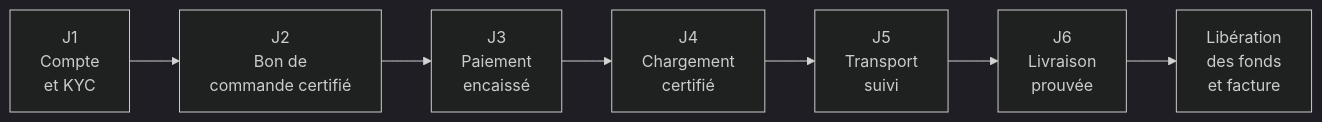
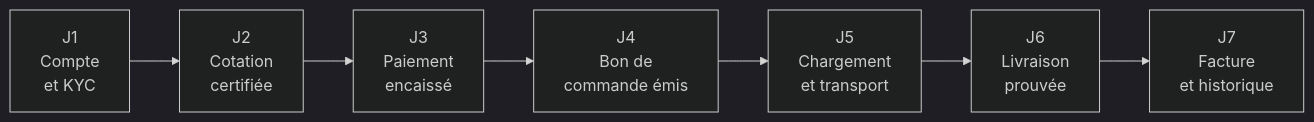
One commit to dilevembamu12/fbb-ppc-apix changed the first of 2 diagrams in docs/01-note-de-cadrage.md. Above: the diagram before and after it, drawn with Mermaid (dark theme). The commit also changed other lines of this file and 24 other files, not shown here.

Commit message:
Chiffres PPC integres : 15-20 % de flux digitaux, couverture bancaire, ordre cotation-paiement-bon

````diff
--- a/docs/01-note-de-cadrage.md
+++ b/docs/01-note-de-cadrage.md
@@ -197,9 +199,9 @@
 ```mermaid
 flowchart LR
-    J1["J1<br/>Compte<br/>et KYC"] --> J2["J2<br/>Bon de<br/>commande certifié"]
+    J1["J1<br/>Compte<br/>et KYC"] --> J2["J2<br/>Cotation<br/>certifiée"]
     J2 --> J3["J3<br/>Paiement<br/>encaissé"]
-    J3 --> J4["J4<br/>Chargement<br/>certifié"]
-    J4 --> J5["J5<br/>Transport<br/>suivi"]
+    J3 --> J4["J4<br/>Bon de<br/>commande émis"]
+    J4 --> J5["J5<br/>Chargement<br/>et transport"]
     J5 --> J6["J6<br/>Livraison<br/>prouvée"]
-    J6 --> J7["Libération<br/>des fonds<br/>et facture"]
+    J6 --> J7["J7<br/>Facture<br/>et historique"]
 ```
````
